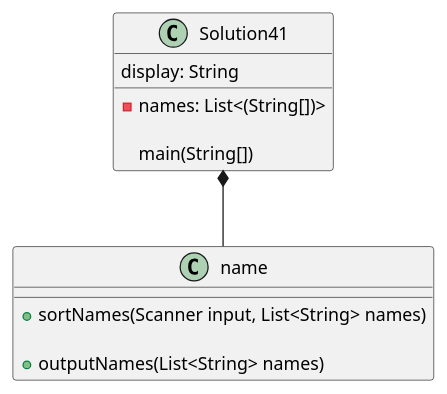
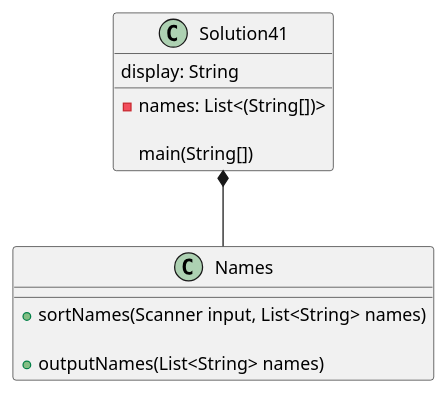
One commit to cachemoney-3000/samontanez-a04 changed the diagram in exercise41/docs/Solution41_ClassDiagram.puml. Above: the diagram before and after it, drawn with PlantUML. The commit also changed 10 other files, not shown here.

```diff
--- a/exercise41/docs/Solution41_ClassDiagram.puml
+++ b/exercise41/docs/Solution41_ClassDiagram.puml
@@ -1,44 +1,44 @@
 @startuml
 class Solution41 {
     'attributes
     -names: List<(String[])>
 
     main(String[])
         display: String
         'name name = new name();
         'Solution41 sol41 = new Solution41();
         'Scanner to scan the file, pass the directory of the text file
 
         'name.sortNames(input, sol41.names)
         'close the scanner
 
         'display = name.outputNames
         'prints the display string
 }
 
-class name{
+class Names{
     'behaviors
     +sortNames(Scanner input, List<String> names)
         'if input is null
             'print 'file is empty'
         'else
             'scan all the lines
             'sort the string list
 
     +outputNames(List<String> names)
         'StringBuilder sb = new StringBuilder();
         'try(FileWriter object){
             'append the header
             'print the header to output file
 
             'for loop(iterate through the names)
                 'append all names
                 'print the names to the output file
 
         'catch the exception
         'return the string builder
 }
 
-Solution41 *-- name
+Solution41 *-- Names
 
 @enduml
```
